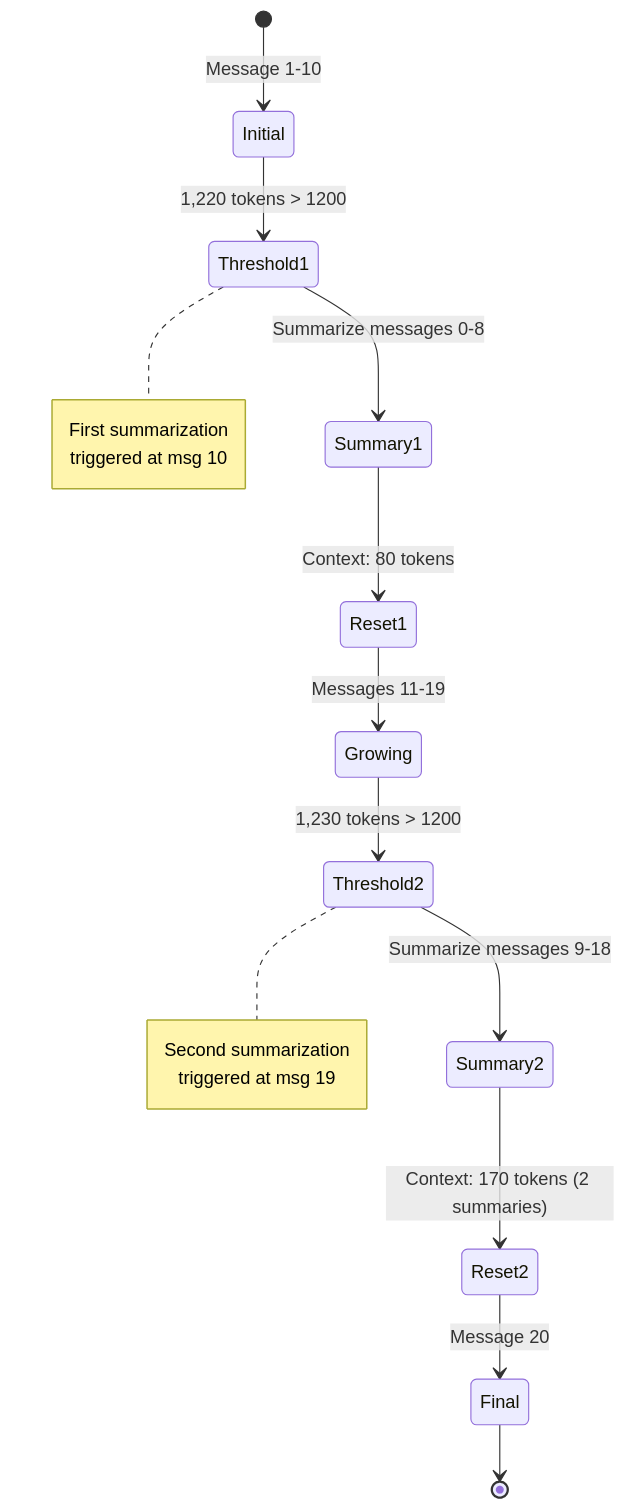
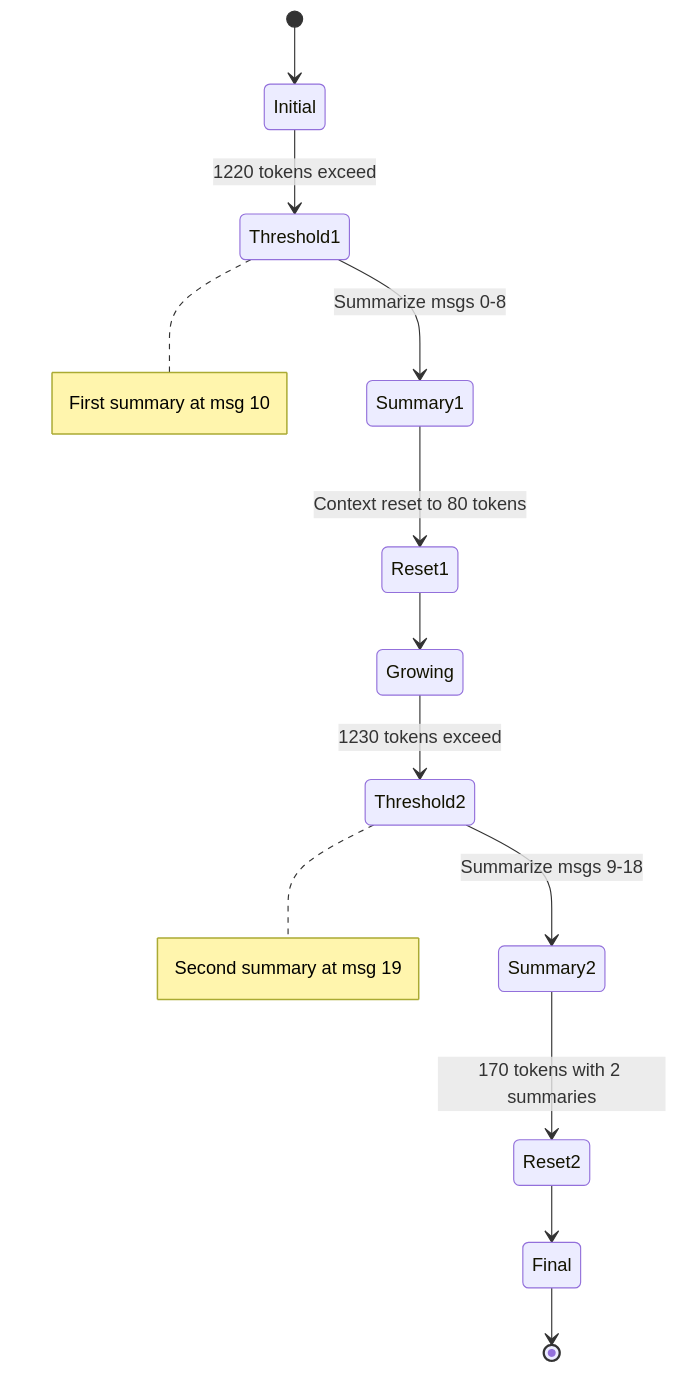
Before and after one commit to Ne4nf/Agent-Memory: the third of 4 diagrams in docs/ARCHITECTURE.md, drawn with Mermaid. The commit also changed other lines of this file and 6 other files, not shown here.

````diff
--- a/docs/ARCHITECTURE.md
+++ b/docs/ARCHITECTURE.md
@@ -350,23 +344,21 @@
 ```mermaid
 stateDiagram-v2
-    [*] --> Initial: Message 1-10
-    Initial --> Threshold1: 1,220 tokens > 1200
-    Threshold1 --> Summary1: Summarize messages 0-8
-    Summary1 --> Reset1: Context: 80 tokens
-    Reset1 --> Growing: Messages 11-19
-    Growing --> Threshold2: 1,230 tokens > 1200
-    Threshold2 --> Summary2: Summarize messages 9-18
-    Summary2 --> Reset2: Context: 170 tokens (2 summaries)
-    Reset2 --> Final: Message 20
+    [*] --> Initial
+    Initial --> Threshold1: 1220 tokens exceed
+    Threshold1 --> Summary1: Summarize msgs 0-8
+    Summary1 --> Reset1: Context reset to 80 tokens
+    Reset1 --> Growing
+    Growing --> Threshold2: 1230 tokens exceed
+    Threshold2 --> Summary2: Summarize msgs 9-18
+    Summary2 --> Reset2: 170 tokens with 2 summaries
+    Reset2 --> Final
     Final --> [*]
     
     note right of Threshold1
-        First summarization
-        triggered at msg 10
+        First summary at msg 10
     end note
     
     note right of Threshold2
-        Second summarization
-        triggered at msg 19
+        Second summary at msg 19
     end note
 ```
````
